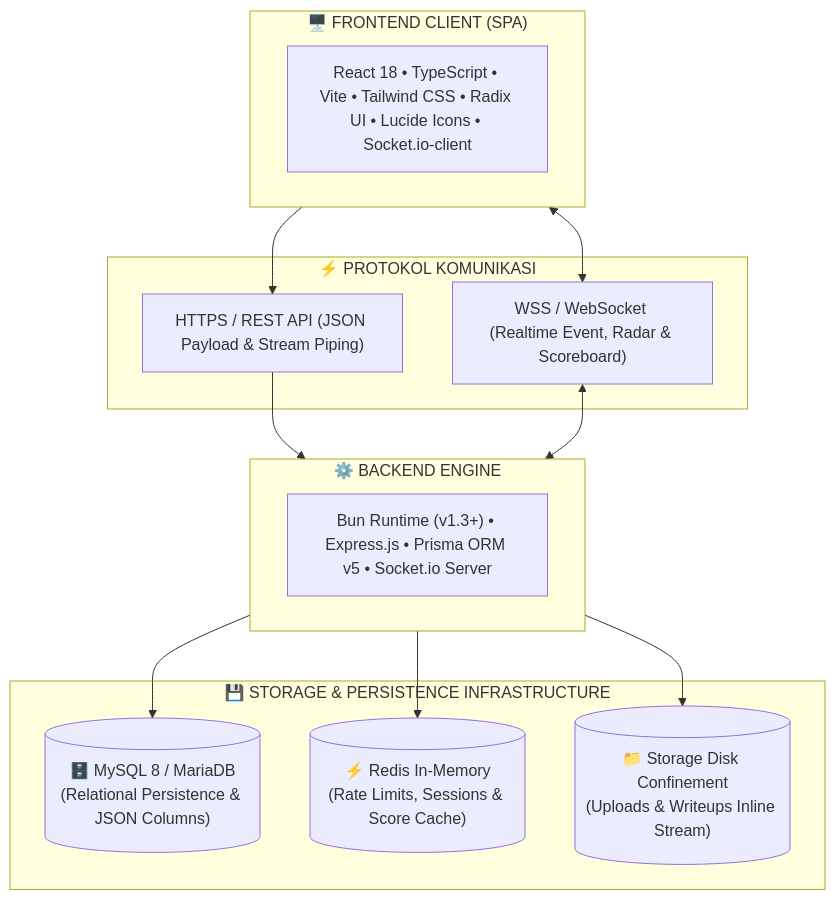
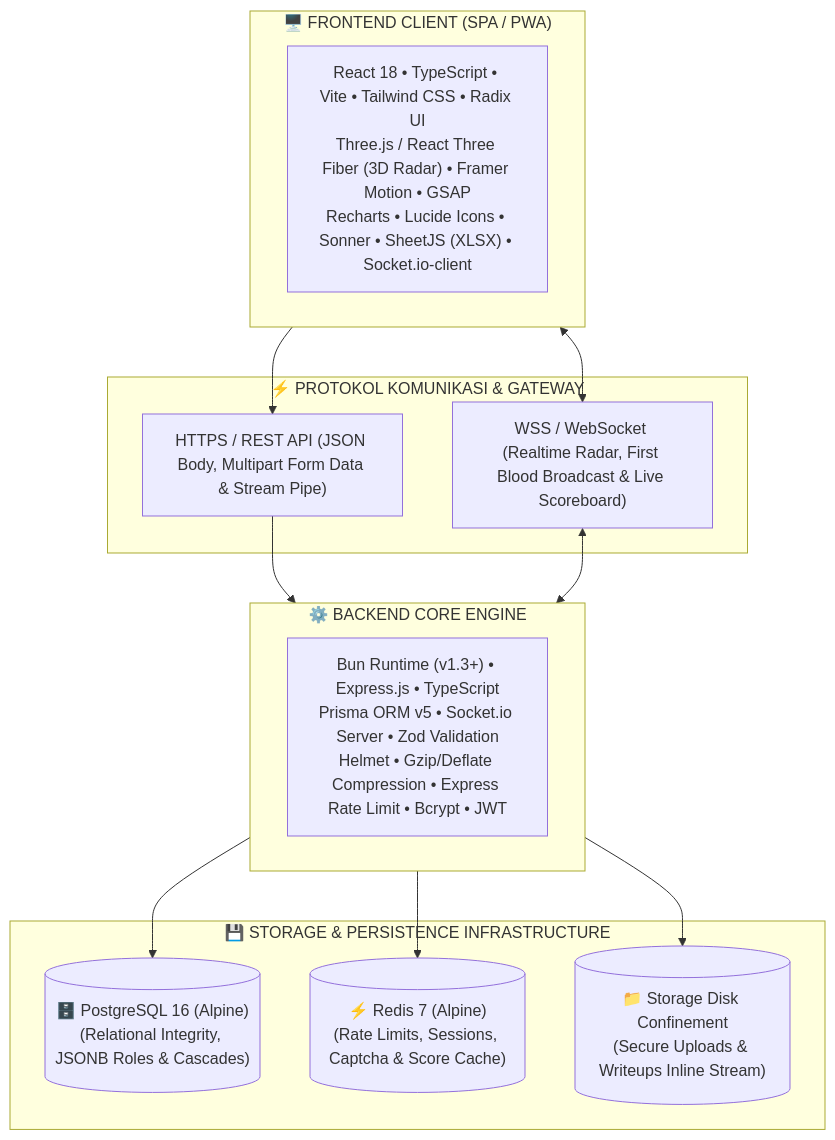
The first of 8 diagrams in README.md (irizkyw/riseranger2-incident-response), drawn with Mermaid before and after one commit. The commit also changed other lines of this file, not shown here.

````diff
--- a/README.md
+++ b/README.md
@@ -39,27 +74,27 @@
 ```mermaid
 flowchart TD
-    subgraph CLIENT_LAYER["🖥️ FRONTEND CLIENT (SPA)"]
-        UI["React 18 • TypeScript • Vite • Tailwind CSS • Radix UI • Lucide Icons • Socket.io-client"]
+    subgraph CLIENT_LAYER["🖥️ FRONTEND CLIENT (SPA / PWA)"]
+        UI["React 18 • TypeScript • Vite • Tailwind CSS • Radix UI<br/>Three.js / React Three Fiber (3D Radar) • Framer Motion • GSAP<br/>Recharts • Lucide Icons • Sonner • SheetJS (XLSX) • Socket.io-client"]
     end
 
-    subgraph PROTOCOL_LAYER["⚡ PROTOKOL KOMUNIKASI"]
-        HTTP["HTTPS / REST API (JSON Payload & Stream Piping)"]
-        WS["WSS / WebSocket (Realtime Event, Radar & Scoreboard)"]
+    subgraph PROTOCOL_LAYER["⚡ PROTOKOL KOMUNIKASI & GATEWAY"]
+        HTTP["HTTPS / REST API (JSON Body, Multipart Form Data & Stream Pipe)"]
+        WS["WSS / WebSocket (Realtime Radar, First Blood Broadcast & Live Scoreboard)"]
     end
 
-    subgraph BACKEND_LAYER["⚙️ BACKEND ENGINE"]
-        SRV["Bun Runtime (v1.3+) • Express.js • Prisma ORM v5 • Socket.io Server"]
+    subgraph BACKEND_LAYER["⚙️ BACKEND CORE ENGINE"]
+        SRV["Bun Runtime (v1.3+) • Express.js • TypeScript<br/>Prisma ORM v5 • Socket.io Server • Zod Validation<br/>Helmet • Gzip/Deflate Compression • Express Rate Limit • Bcrypt • JWT"]
     end
 
     subgraph STORAGE_LAYER["💾 STORAGE & PERSISTENCE INFRASTRUCTURE"]
-        DB[("🗄️ MySQL 8 / MariaDB<br/>(Relational Persistence & JSON Columns)")]
-        REDIS[("⚡ Redis In-Memory<br/>(Rate Limits, Sessions & Score Cache)")]
-        FS[("📁 Storage Disk Confinement<br/>(Uploads & Writeups Inline Stream)")]
+        DB[("🗄️ PostgreSQL 16 (Alpine)<br/>(Relational Integrity, JSONB Roles & Cascades)")]
+        REDIS[("⚡ Redis 7 (Alpine)<br/>(Rate Limits, Sessions, Captcha & Score Cache)")]
+        FS[("📁 Storage Disk Confinement<br/>(Secure Uploads & Writeups Inline Stream)")]
     end
 
     CLIENT_LAYER --> HTTP --> BACKEND_LAYER
     CLIENT_LAYER <--> WS <--> BACKEND_LAYER
     BACKEND_LAYER --> DB
     BACKEND_LAYER --> REDIS
     BACKEND_LAYER --> FS
 ```
````
